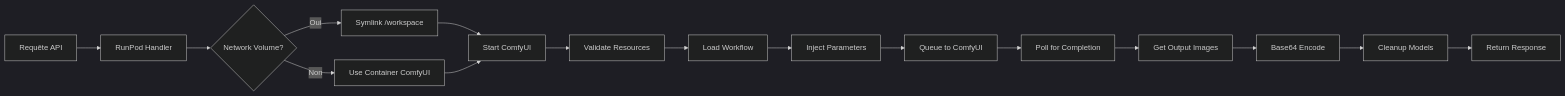
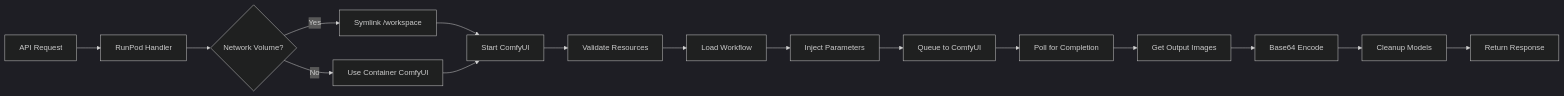
Before and after one commit to unicorncomfyui/serverless_runpod: the diagram in README.md, drawn with Mermaid (dark theme). The commit also changed other lines of this file and 2 other files, not shown here.

````diff
--- a/README.md
+++ b/README.md
@@ -96,18 +96,18 @@
 ```mermaid
 graph LR
-    A[Requête API] --> B[RunPod Handler]
+    A[API Request] --> B[RunPod Handler]
     B --> C{Network Volume?}
-    C -->|Oui| D[Symlink /workspace]
-    C -->|Non| E[Use Container ComfyUI]
+    C -->|Yes| D[Symlink /workspace]
+    C -->|No| E[Use Container ComfyUI]
     D --> F[Start ComfyUI]
     E --> F
     F --> G[Validate Resources]
     G --> H[Load Workflow]
     H --> I[Inject Parameters]
     I --> J[Queue to ComfyUI]
     J --> K[Poll for Completion]
     K --> L[Get Output Images]
     L --> M[Base64 Encode]
     M --> N[Cleanup Models]
     N --> O[Return Response]
 ```
````
